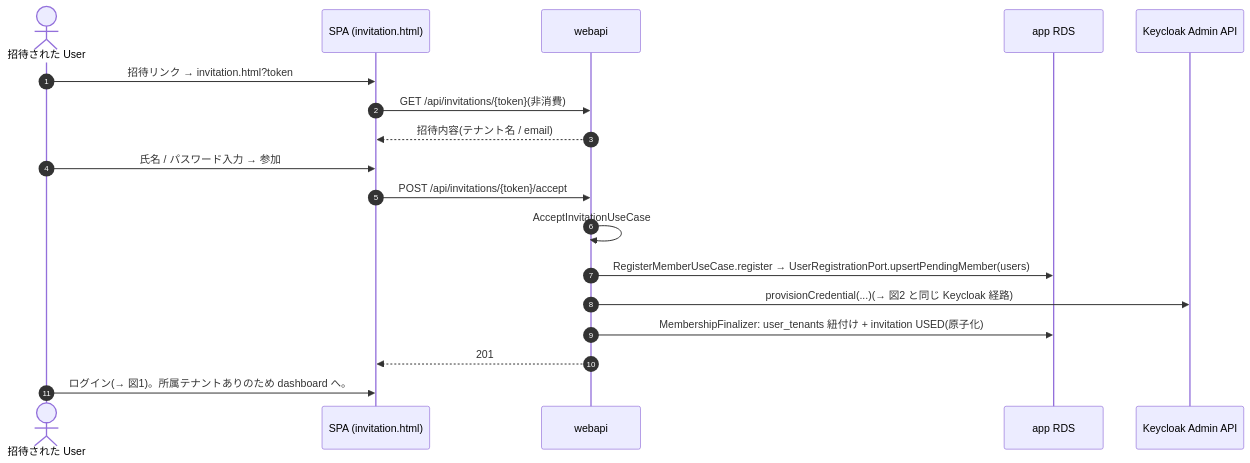
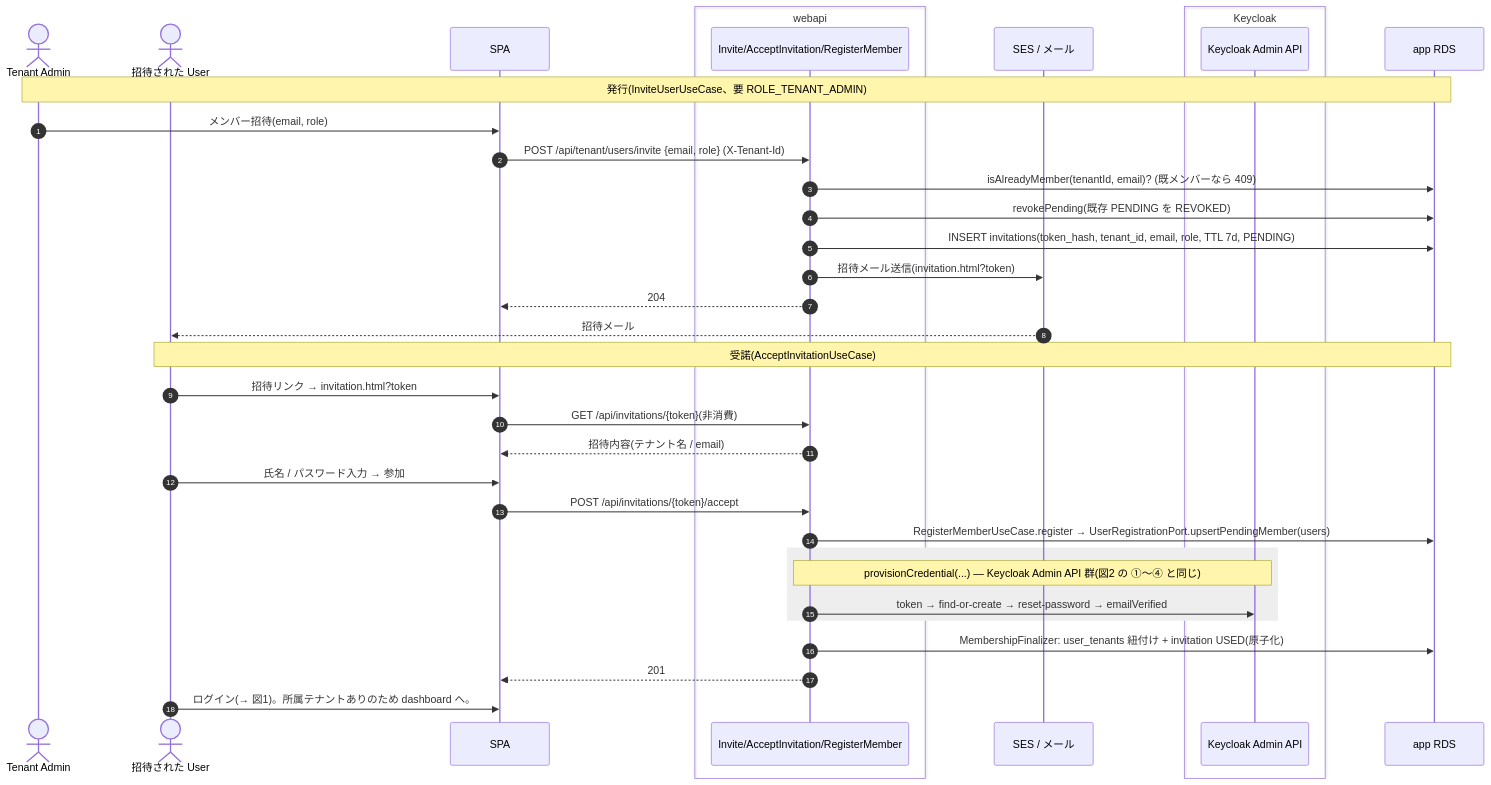
The fourth of 4 diagrams in docs/architecture/keycloak-integration-sequences.md (win2cot/tasks-webapi), drawn with Mermaid before and after one commit. The commit also changed other lines of this file, not shown here.

First line of the commit message:
docs(keycloak): シーケンス図をレビュー指摘反映で改訂(Q1-Q7)

````diff
--- a/docs/architecture/keycloak-integration-sequences.md
+++ b/docs/architecture/keycloak-integration-sequences.md
@@ -141,21 +181,40 @@
 ```mermaid
 sequenceDiagram
     autonumber
+    actor Adm as Tenant Admin
     actor U as 招待された User
-    participant SPA as SPA (invitation.html)
-    participant API as webapi
+    participant SPA as SPA
+    box webapi
+        participant API as Invite/AcceptInvitation/RegisterMember
+    end
+    participant SES as SES / メール
+    box Keycloak
+        participant KC as Keycloak Admin API
+    end
     participant DB as app RDS
-    participant KC as Keycloak Admin API
 
+    Note over Adm,DB: 発行(InviteUserUseCase、要 ROLE_TENANT_ADMIN)
+    Adm->>SPA: メンバー招待(email, role)
+    SPA->>API: POST /api/tenant/users/invite {email, role} (X-Tenant-Id)
+    API->>DB: isAlreadyMember(tenantId, email)?  (既メンバーなら 409)
+    API->>DB: revokePending(既存 PENDING を REVOKED)
+    API->>DB: INSERT invitations(token_hash, tenant_id, email, role, TTL 7d, PENDING)
+    API->>SES: 招待メール送信(invitation.html?token)
+    API-->>SPA: 204
+    SES-->>U: 招待メール
+
+    Note over U,DB: 受諾(AcceptInvitationUseCase)
     U->>SPA: 招待リンク → invitation.html?token
     SPA->>API: GET /api/invitations/{token}(非消費)
     API-->>SPA: 招待内容(テナント名 / email)
     U->>SPA: 氏名 / パスワード入力 → 参加
     SPA->>API: POST /api/invitations/{token}/accept
-    API->>API: AcceptInvitationUseCase
     API->>DB: RegisterMemberUseCase.register → UserRegistrationPort.upsertPendingMember(users)
-    API->>KC: provisionCredential(...)(→ 図2 と同じ Keycloak 経路)
+    rect rgb(238,238,238)
+        Note over API,KC: provisionCredential(...) — Keycloak Admin API 群(図2 の ①〜④ と同じ)
+        API->>KC: token → find-or-create → reset-password → emailVerified
+    end
     API->>DB: MembershipFinalizer: user_tenants 紐付け + invitation USED(原子化)
     API-->>SPA: 201
     U->>SPA: ログイン(→ 図1)。所属テナントありのため dashboard へ。
 ```
````
